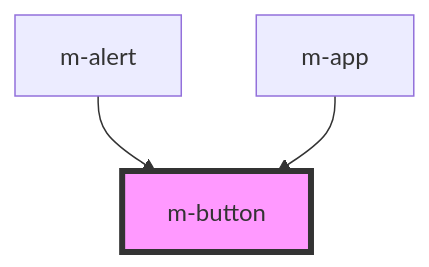
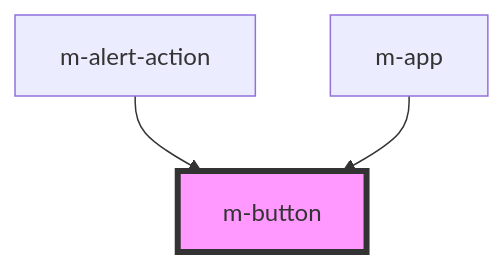
One commit to dynamic-framework/dynamic-ui changed the diagram in design-system/src/components/m-button/readme.md. Above: the diagram before and after it, drawn with Mermaid. The commit also changed other lines of this file and 21 other files, not shown here.

````diff
--- a/design-system/src/components/m-button/readme.md
+++ b/design-system/src/components/m-button/readme.md
@@ -39,6 +39,6 @@
 ```mermaid
 graph TD;
-  m-alert --> m-button
+  m-alert-action --> m-button
   m-app --> m-button
   style m-button fill:#f9f,stroke:#333,stroke-width:4px
 ```
````
